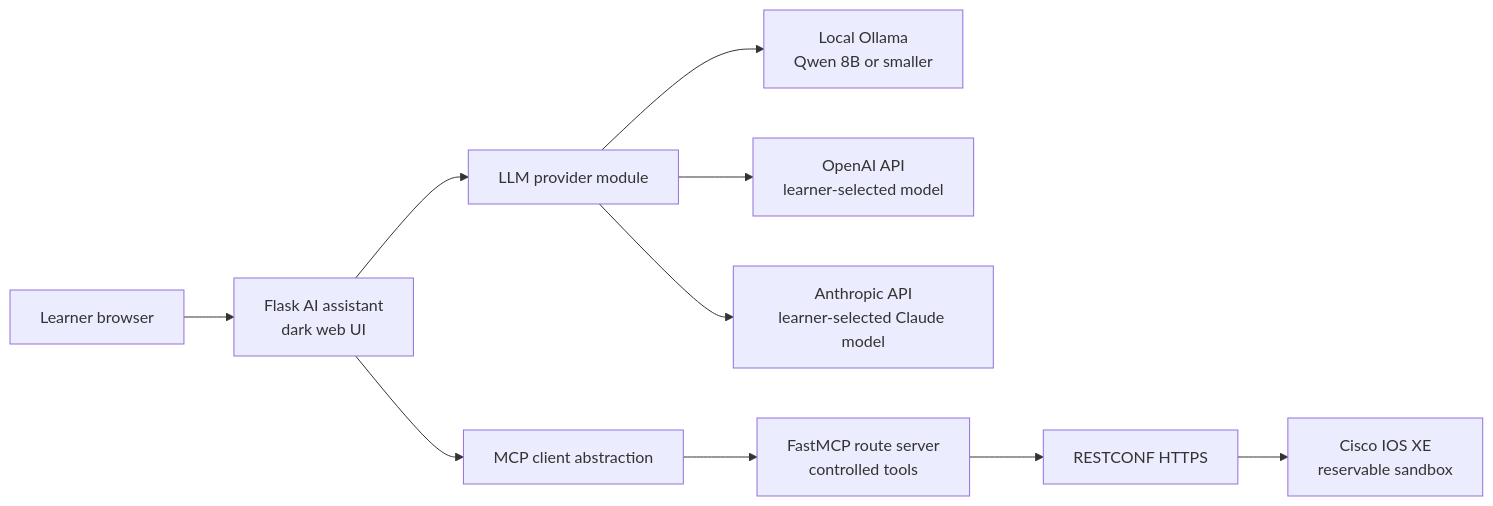
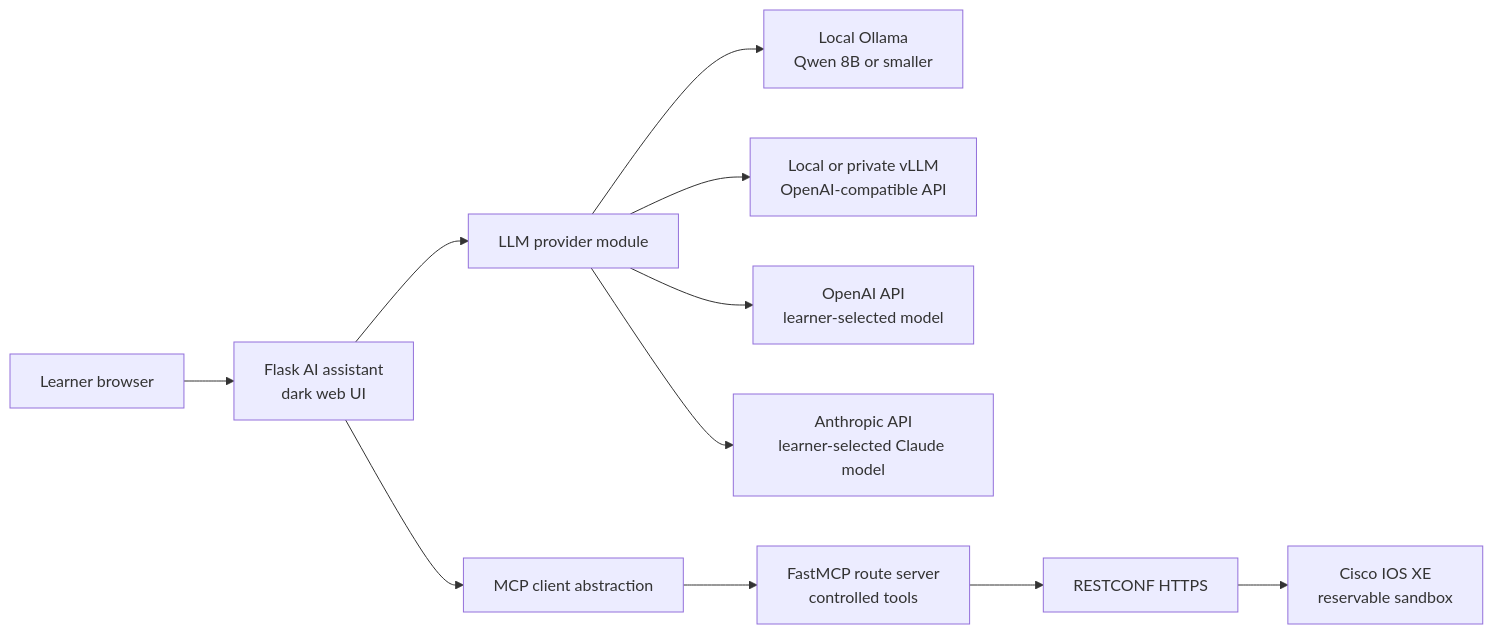
The first of 2 diagrams in LAB/Lab11/Lab11.md (tanthanh85/CCNPAUTO), drawn with Mermaid before and after one commit. The commit also changed other lines of this file and 4 other files, not shown here.

````diff
--- a/LAB/Lab11/Lab11.md
+++ b/LAB/Lab11/Lab11.md
@@ -31,12 +31,13 @@
 ```mermaid
 flowchart LR
     Browser["Learner browser"] --> Flask["Flask AI assistant<br/>dark web UI"]
     Flask --> Gateway["LLM provider module"]
     Gateway --> Ollama["Local Ollama<br/>Qwen 8B or smaller"]
+    Gateway --> vLLM["Local or private vLLM<br/>OpenAI-compatible API"]
     Gateway --> OpenAI["OpenAI API<br/>learner-selected model"]
     Gateway --> Claude["Anthropic API<br/>learner-selected Claude model"]
     Flask --> MCPClient["MCP client abstraction"]
     MCPClient --> MCPServer["FastMCP route server<br/>controlled tools"]
     MCPServer --> RESTCONF["RESTCONF HTTPS"]
     RESTCONF --> IOSXE["Cisco IOS XE<br/>reservable sandbox"]
 ```
````
